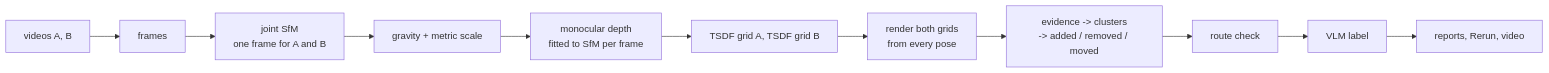
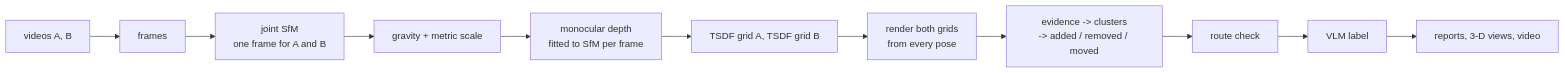
Before and after one commit to yatrik-15/Humanoid-Challenge: the diagram in README.md, drawn with Mermaid. The commit also changed other lines of this file and 45 other files, not shown here.

````diff
--- a/README.md
+++ b/README.md
@@ -60,8 +124,8 @@
 ```mermaid
 flowchart LR
   V[videos A, B] --> F[frames] --> S[joint SfM<br/>one frame for A and B]
   S --> AL[gravity + metric scale] --> D[monocular depth<br/>fitted to SfM per frame]
   D --> T[TSDF grid A, TSDF grid B]
   T --> R[render both grids<br/>from every pose]
-  R --> C[evidence -> clusters<br/>-> added / removed / moved] --> N[route check] --> L[VLM label] --> O[reports, Rerun, video]
+  R --> C[evidence -> clusters<br/>-> added / removed / moved] --> N[route check] --> L[VLM label] --> O[reports, 3-D views, video]
 ```
````
